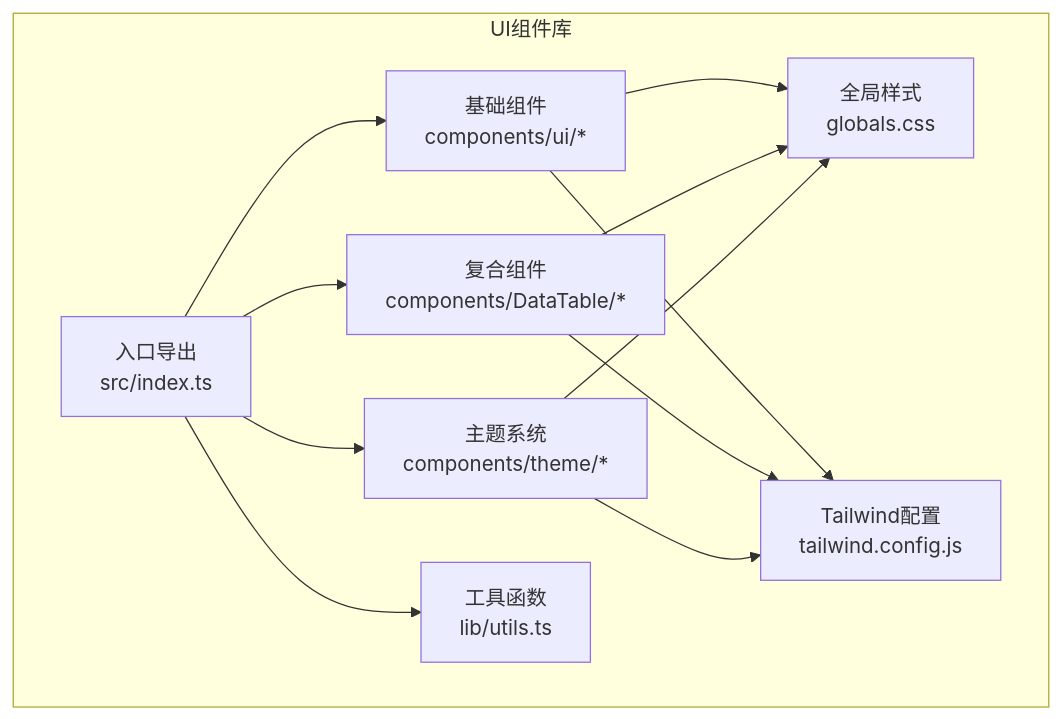
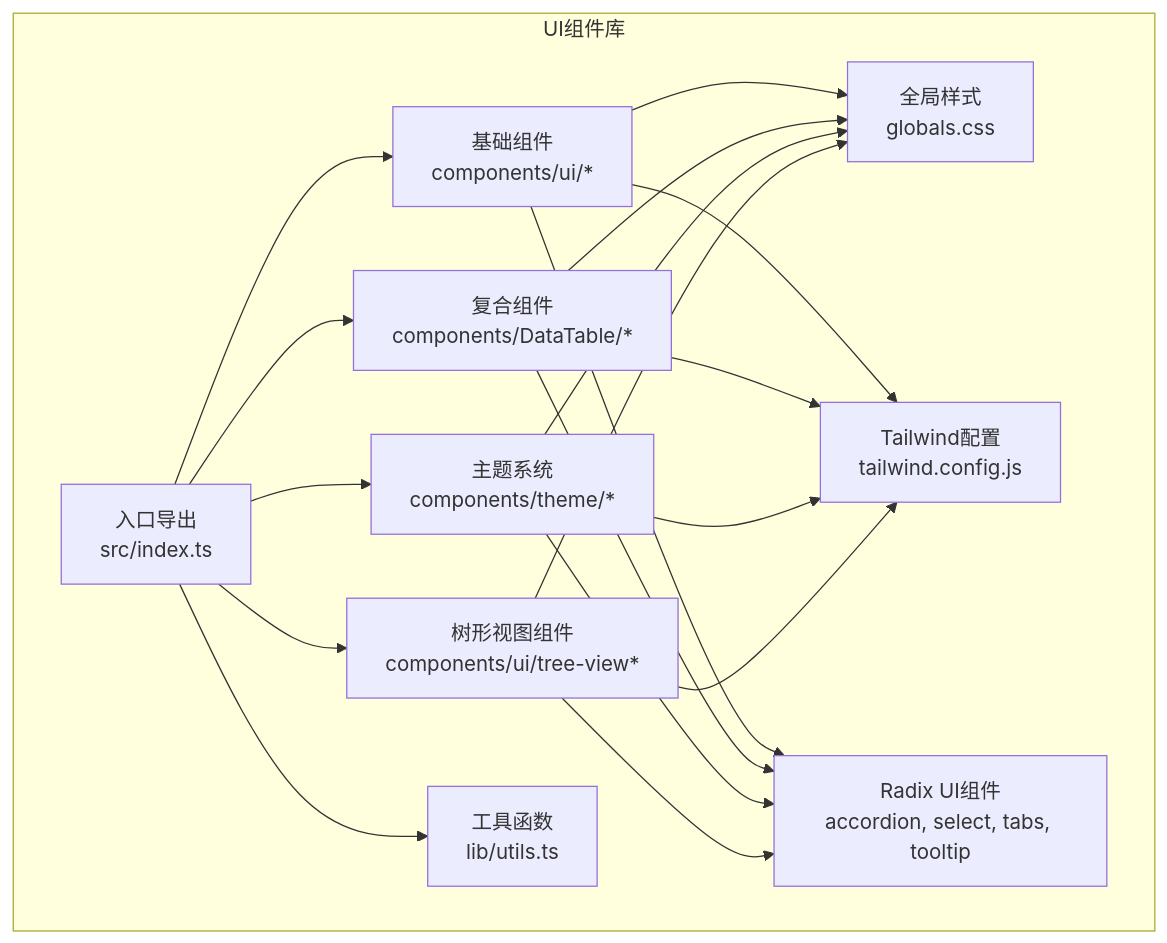
One commit to LRF0422/Kotion changed the first of 9 diagrams in .qoder/repowiki/zh/content/核心模块/UI组件库.md. Above: the diagram before and after it, drawn with Mermaid. The commit also changed other lines of this file and 75 other files, not shown here.

````diff
--- a/.qoder/repowiki/zh/content/核心模块/UI组件库.md
+++ b/.qoder/repowiki/zh/content/核心模块/UI组件库.md
@@ -45,22 +66,31 @@
 ```mermaid
 graph TB
 subgraph "UI组件库"
 A["入口导出<br/>src/index.ts"]
 B["基础组件<br/>components/ui/*"]
 C["复合组件<br/>components/DataTable/*"]
 D["主题系统<br/>components/theme/*"]
-E["工具函数<br/>lib/utils.ts"]
-F["全局样式<br/>globals.css"]
-G["Tailwind配置<br/>tailwind.config.js"]
+E["树形视图组件<br/>components/ui/tree-view*"]
+F["工具函数<br/>lib/utils.ts"]
+G["全局样式<br/>globals.css"]
+H["Tailwind配置<br/>tailwind.config.js"]
+I["Radix UI组件<br/>accordion, select, tabs, tooltip"]
 end
 A --> B
 A --> C
 A --> D
 A --> E
-B --> F
-C --> F
-D --> F
+A --> F
 B --> G
 C --> G
 D --> G
+E --> G
+B --> H
+C --> H
+D --> H
+E --> H
+B --> I
+C --> I
+D --> I
+E --> I
 ```
````
